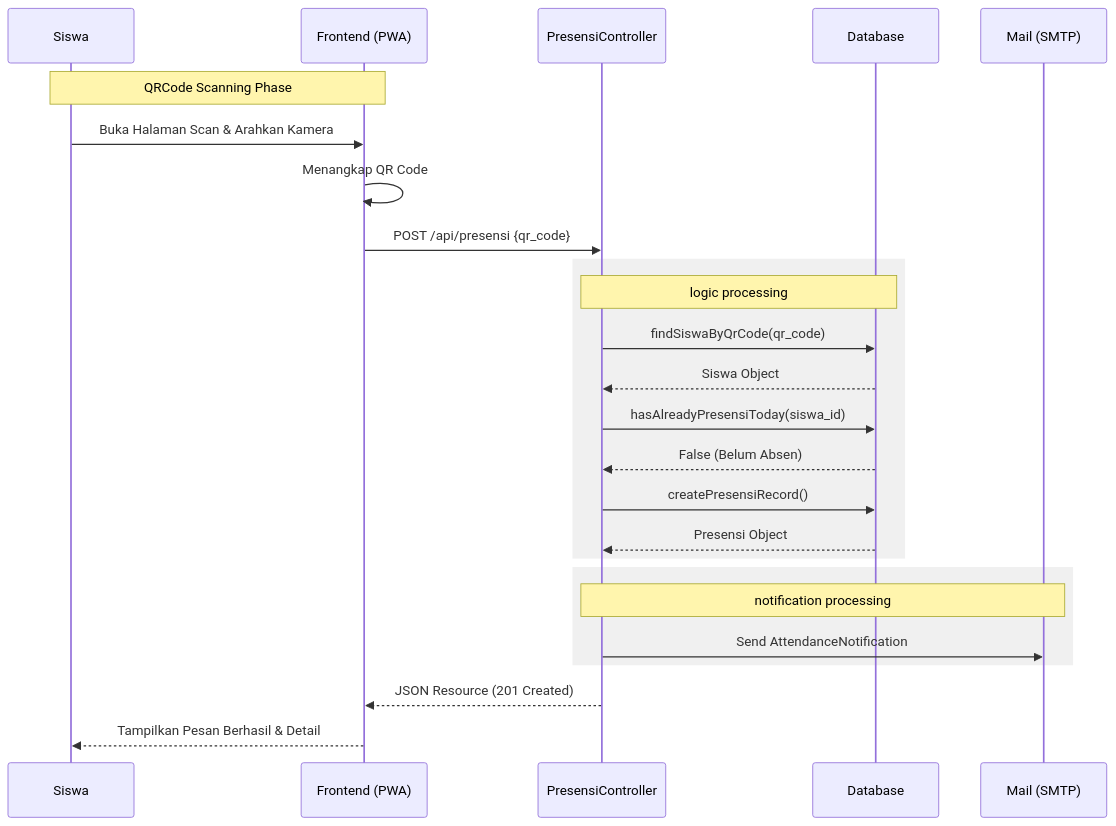
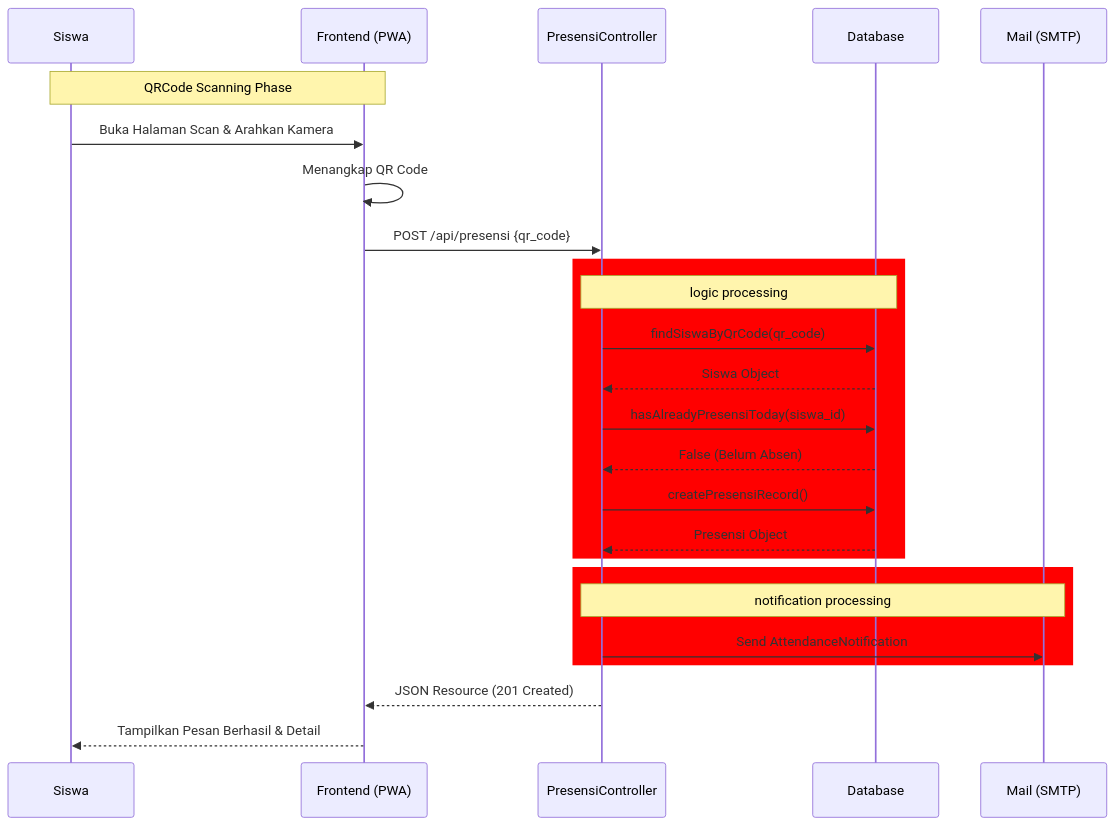
The diagram in docs/Jurnal/Diagram/SequenceDiagram.md (DimasVSuper/Sistem-Informasi-Presensi-Siswa-Laravel-11), drawn with Mermaid before and after one commit.

Commit message:
docs: add sequence diagram for student attendance process

````diff
--- a/docs/Jurnal/Diagram/SequenceDiagram.md
+++ b/docs/Jurnal/Diagram/SequenceDiagram.md
@@ -5,31 +5,31 @@
 ```mermaid
 sequenceDiagram
     participant S as Siswa
     participant F as Frontend (PWA)
     participant C as PresensiController
     participant DB as Database
     participant M as Mail (SMTP)
 
     Note over S,F: QRCode Scanning Phase
     S->>F: Buka Halaman Scan & Arahkan Kamera
     F->>F: Menangkap QR Code
     F->>C: POST /api/presensi {qr_code}
     
-    rect rgb(240, 240, 240)
+    rect rgba(255, 0, 0, 1)
         Note over C,DB: logic processing
         C->>DB: findSiswaByQrCode(qr_code)
         DB-->>C: Siswa Object
         C->>DB: hasAlreadyPresensiToday(siswa_id)
         DB-->>C: False (Belum Absen)
         C->>DB: createPresensiRecord()
         DB-->>C: Presensi Object
     end
 
-    rect rgb(240, 240, 240)
+    rect rgba(255, 0, 0, 1)
         Note over C,M: notification processing
         C->>M: Send AttendanceNotification
     end
 
     C-->>F: JSON Resource (201 Created)
     F-->>S: Tampilkan Pesan Berhasil & Detail
 ```
````
